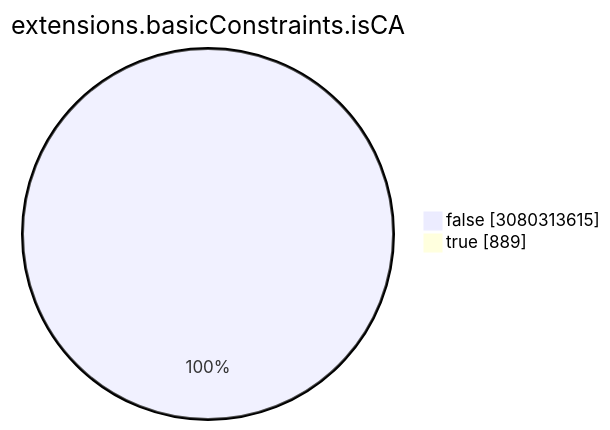
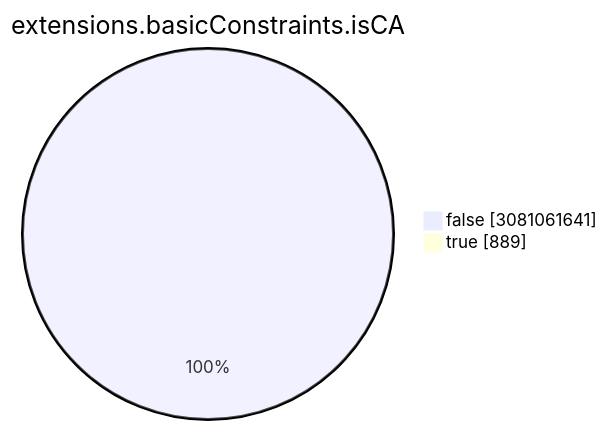
The seventh of 15 diagrams in TOTAL/README.md (christiankrug/ctmonitor_visualization), drawn with Mermaid before and after one commit. The commit also changed other lines of this file, not shown here.

````diff
--- a/TOTAL/README.md
+++ b/TOTAL/README.md
@@ -3086,6 +3086,6 @@
 ```mermaid
 pie showData
 title extensions.basicConstraints.isCA
-"false" :3080313615
+"false" :3081061641
 "true" :889
 ```
````
